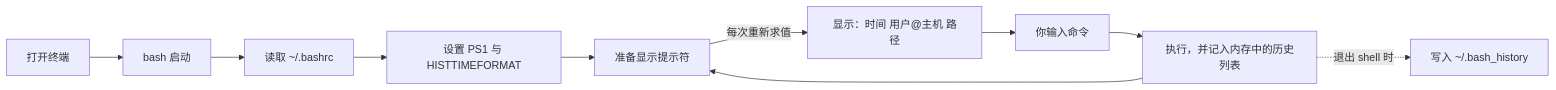
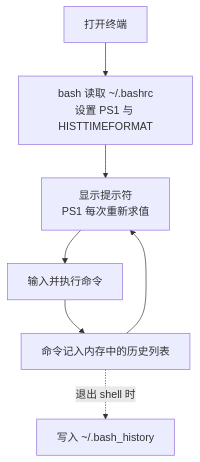
The first of 2 diagrams in _posts/2026-08-30-linux-skills.md (lnsyyj/lnsyyj.github.io), drawn with Mermaid before and after one commit.

Commit message:
fix: 流程图改为纵向布局，避免被压缩成不可读的细条

````diff
--- a/_posts/2026-08-30-linux-skills.md
+++ b/_posts/2026-08-30-linux-skills.md
@@ -16,12 +16,9 @@
 ```mermaid
-flowchart LR
-    A["打开终端"] --> B["bash 启动"]
-    B --> C["读取 ~/.bashrc"]
-    C --> D["设置 PS1 与 HISTTIMEFORMAT"]
-    D --> E["准备显示提示符"]
-    E -->|"每次重新求值"| F["显示：时间 用户@主机 路径"]
-    F --> G["你输入命令"]
-    G --> H["执行，并记入内存中的历史列表"]
-    H --> E
-    H -.->|"退出 shell 时"| I["写入 ~/.bash_history"]
+flowchart TD
+    A["打开终端"] --> B["bash 读取 ~/.bashrc<br/>设置 PS1 与 HISTTIMEFORMAT"]
+    B --> C["显示提示符<br/>PS1 每次重新求值"]
+    C --> D["输入并执行命令"]
+    D --> E["命令记入内存中的历史列表"]
+    E --> C
+    E -.->|"退出 shell 时"| F["写入 ~/.bash_history"]
 ```
````
